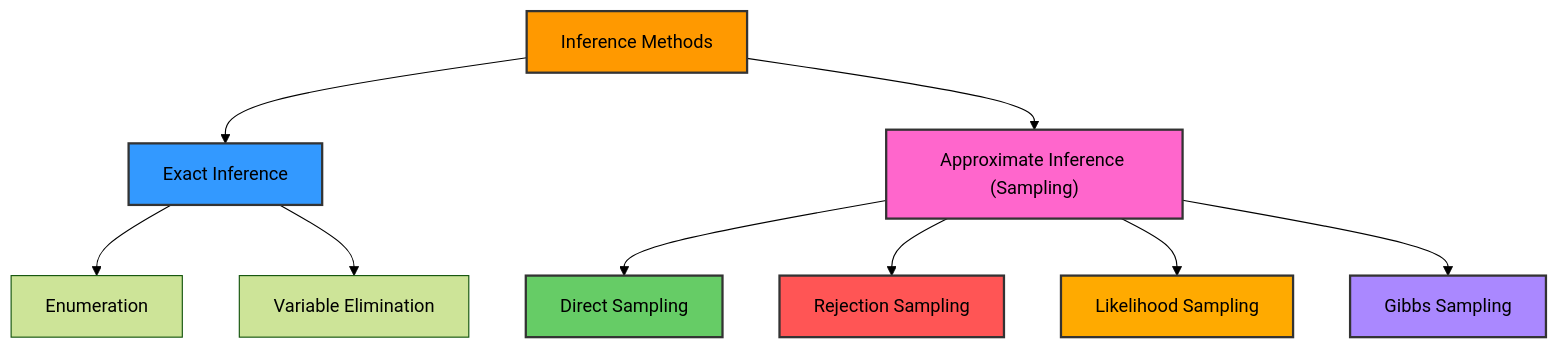
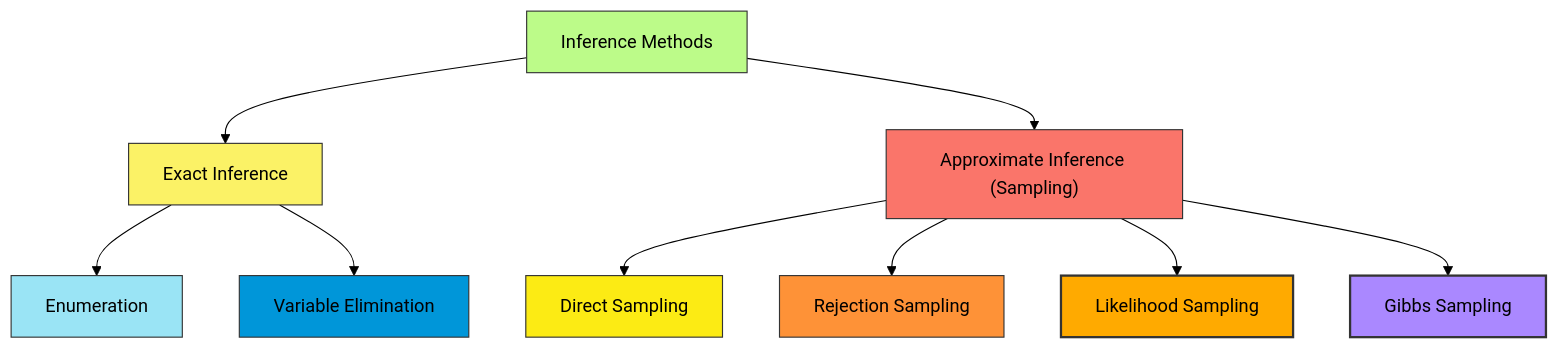
One commit to Chaklader/part-of-speech-tagging changed diagram 17 of 23 in C_2.md. Above: the diagram before and after it, drawn with Mermaid (forest theme). The commit also changed other lines of this file, not shown here.

````diff
--- a/C_2.md
+++ b/C_2.md
@@ -1259,18 +1296,22 @@
 ```mermaid
 flowchart TD
     A["Inference Methods"] --> B["Exact Inference"]
     A --> C["Approximate Inference (Sampling)"]
     B --> D["Enumeration"]
     B --> E["Variable Elimination"]
     C --> F["Direct Sampling"]
     C --> G["Rejection Sampling"]
     C --> H["Likelihood Sampling"]
     C --> I["Gibbs Sampling"]
-    style A fill:#ff9900,stroke:#333,stroke-width:2px
-    style B fill:#3399ff,stroke:#333,stroke-width:2px
-    style C fill:#ff66cc,stroke:#333,stroke-width:2px
-    style F fill:#66cc66,stroke:#333,stroke-width:2px
-    style G fill:#ff5555,stroke:#333,stroke-width:2px
+
+
+style A fill:#BCFB89,stroke:#333,stroke-width:1px
+  style B fill:#FBF266,stroke:#333,stroke-width:1px
+  style C fill:#FA756A,stroke:#333,stroke-width:1px
+  style D fill:#9AE4F5,stroke:#333,stroke-width:1px
+  style E fill:#0096D9,stroke:#333,stroke-width:1px
+  style F fill:#FCEB14,stroke:#333,stroke-width:1px
+  style G fill:#FE9237,stroke:#333,stroke-width:1px
     style H fill:#ffaa00,stroke:#333,stroke-width:2px
     style I fill:#aa88ff,stroke:#333,stroke-width:2px
 ```
````
